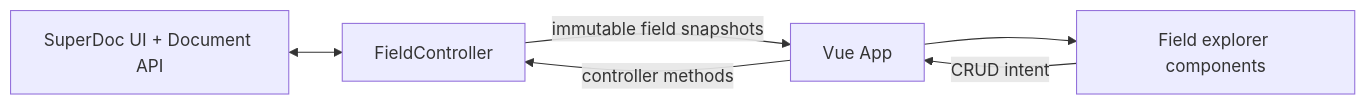
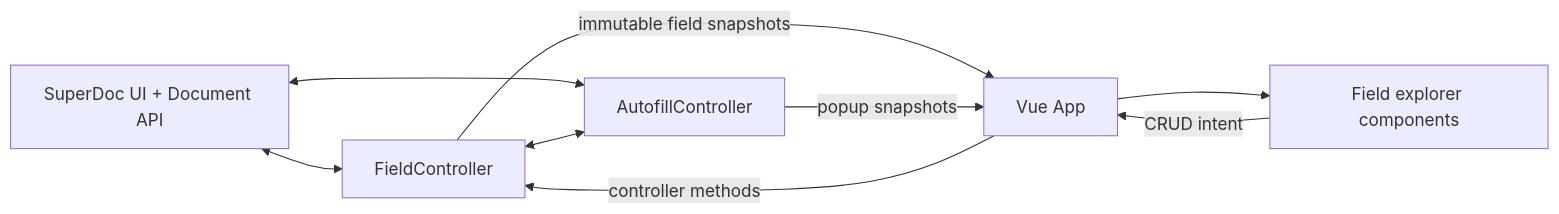
Before and after one commit to superdoc/demos: the diagram in template-builder-document-api-v2-demo/ARCHITECTURE.md, drawn with Mermaid. The commit also changed other lines of this file and 9 other files, not shown here.

````diff
--- a/template-builder-document-api-v2-demo/ARCHITECTURE.md
+++ b/template-builder-document-api-v2-demo/ARCHITECTURE.md
@@ -3,8 +3,11 @@
 ```mermaid
 flowchart LR
   SuperDoc[SuperDoc UI + Document API] <--> Controller[FieldController]
+  SuperDoc <--> Autofill[AutofillController]
+  Controller <--> Autofill
   Controller -->|immutable field snapshots| App[Vue App]
+  Autofill -->|popup snapshots| App
   App --> Components[Field explorer components]
   Components -->|CRUD intent| App
   App -->|controller methods| Controller
 ```
````
